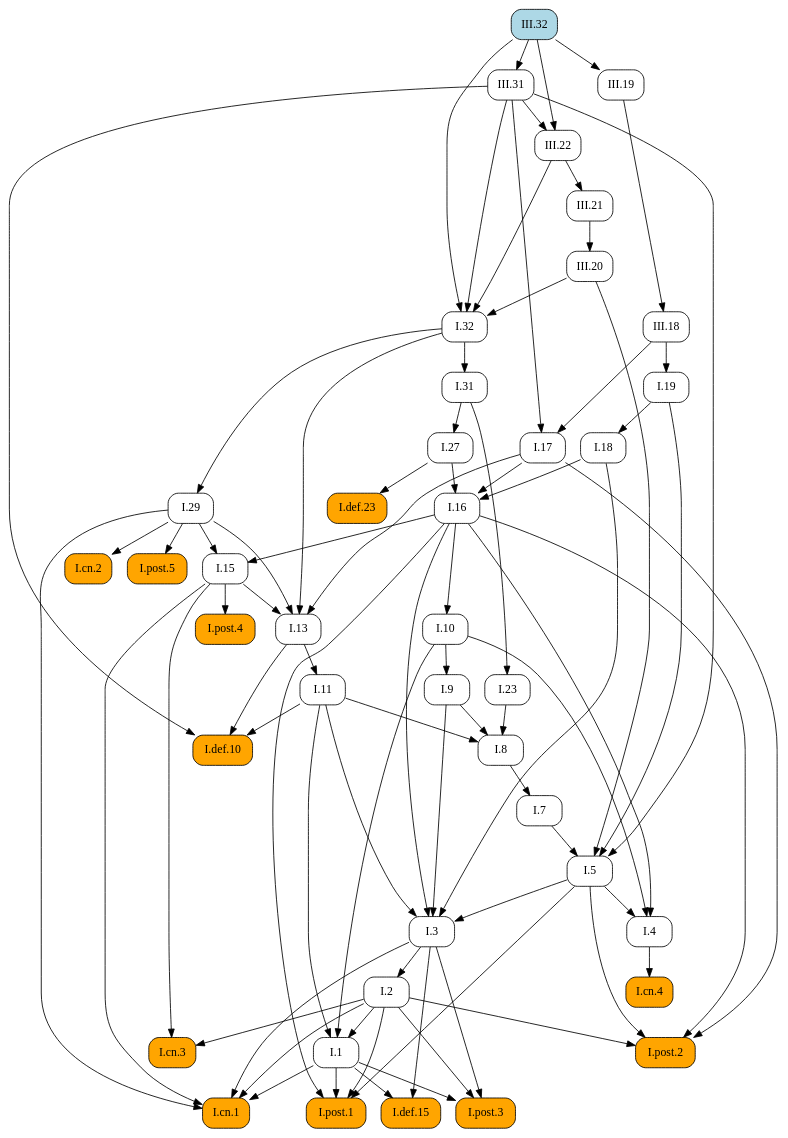
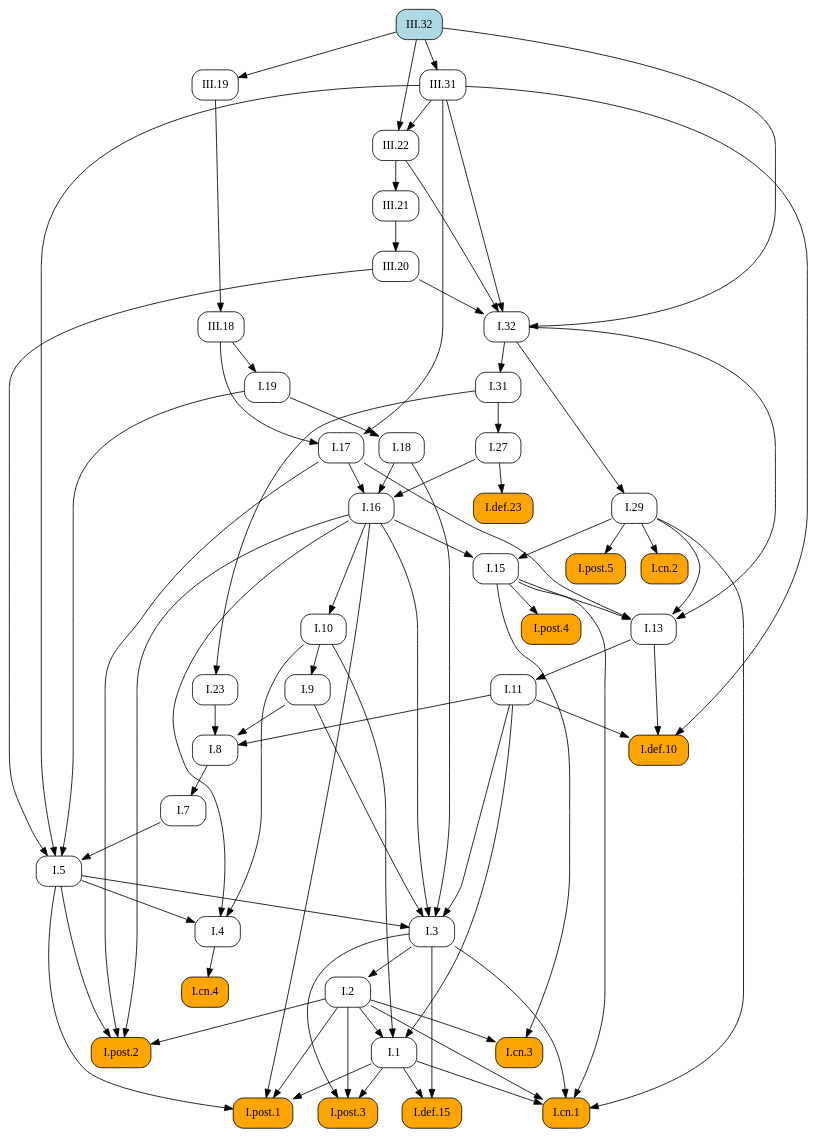
Before and after one commit to geometor/elements: the diagram in docsrc/elements2/III/32/index.rst, drawn with Graphviz. The commit also changed other lines of this file and 171 other files, not shown here.

```diff
--- a/docsrc/elements2/III/32/index.rst
+++ b/docsrc/elements2/III/32/index.rst
@@ -60,123 +60,123 @@
    digraph {
      rankdir="TB";
      node [shape=box, style=rounded];
+     "I.8" [URL="/elements2/I/8/", target="_top"];
+     "I.32" [URL="/elements2/I/32/", target="_top"];
+     "I.post.1" [style="rounded,filled", fillcolor=orange, URL="/elements2/I/post.1/", target="_top"];
+     "I.5" [URL="/elements2/I/5/", target="_top"];
+     "I.post.5" [style="rounded,filled", fillcolor=orange, URL="/elements2/I/post.5/", target="_top"];
+     "I.def.10" [style="rounded,filled", fillcolor=orange, URL="/elements2/I/def.10/", target="_top"];
+     "I.cn.2" [style="rounded,filled", fillcolor=orange, URL="/elements2/I/cn.2/", target="_top"];
      "III.22" [URL="/elements2/III/22/", target="_top"];
-     "I.def.10" [style="rounded,filled", fillcolor=orange, URL="/elements2/I/def.10/", target="_top"];
-     "I.32" [URL="/elements2/I/32/", target="_top"];
+     "I.def.15" [style="rounded,filled", fillcolor=orange, URL="/elements2/I/def.15/", target="_top"];
      "III.31" [URL="/elements2/III/31/", target="_top"];
-     "I.def.15" [style="rounded,filled", fillcolor=orange, URL="/elements2/I/def.15/", target="_top"];
+     "I.31" [URL="/elements2/I/31/", target="_top"];
+     "I.11" [URL="/elements2/I/11/", target="_top"];
+     "I.post.2" [style="rounded,filled", fillcolor=orange, URL="/elements2/I/post.2/", target="_top"];
+     "I.3" [URL="/elements2/I/3/", target="_top"];
+     "I.def.23" [style="rounded,filled", fillcolor=orange, URL="/elements2/I/def.23/", target="_top"];
+     "I.19" [URL="/elements2/I/19/", target="_top"];
+     "I.1" [URL="/elements2/I/1/", target="_top"];
+     "I.cn.3" [style="rounded,filled", fillcolor=orange, URL="/elements2/I/cn.3/", target="_top"];
      "I.cn.4" [style="rounded,filled", fillcolor=orange, URL="/elements2/I/cn.4/", target="_top"];
+     "III.21" [URL="/elements2/III/21/", target="_top"];
+     "III.20" [URL="/elements2/III/20/", target="_top"];
+     "I.17" [URL="/elements2/I/17/", target="_top"];
+     "I.7" [URL="/elements2/I/7/", target="_top"];
+     "I.9" [URL="/elements2/I/9/", target="_top"];
+     "III.32" [style="rounded,filled", fillcolor=lightblue, URL="/elements2/III/32/", target="_top"];
+     "I.cn.1" [style="rounded,filled", fillcolor=orange, URL="/elements2/I/cn.1/", target="_top"];
+     "I.29" [URL="/elements2/I/29/", target="_top"];
+     "III.19" [URL="/elements2/III/19/", target="_top"];
+     "I.16" [URL="/elements2/I/16/", target="_top"];
+     "I.13" [URL="/elements2/I/13/", target="_top"];
+     "I.post.4" [style="rounded,filled", fillcolor=orange, URL="/elements2/I/post.4/", target="_top"];
+     "I.18" [URL="/elements2/I/18/", target="_top"];
+     "I.2" [URL="/elements2/I/2/", target="_top"];
+     "I.27" [URL="/elements2/I/27/", target="_top"];
+     "III.18" [URL="/elements2/III/18/", target="_top"];
+     "I.4" [URL="/elements2/I/4/", target="_top"];
+     "I.10" [URL="/elements2/I/10/", target="_top"];
+     "I.15" [URL="/elements2/I/15/", target="_top"];
+     "I.23" [URL="/elements2/I/23/", target="_top"];
      "I.post.3" [style="rounded,filled", fillcolor=orange, URL="/elements2/I/post.3/", target="_top"];
-     "I.27" [URL="/elements2/I/27/", target="_top"];
-     "I.post.2" [style="rounded,filled", fillcolor=orange, URL="/elements2/I/post.2/", target="_top"];
-     "I.13" [URL="/elements2/I/13/", target="_top"];
-     "I.10" [URL="/elements2/I/10/", target="_top"];
-     "I.post.1" [style="rounded,filled", fillcolor=orange, URL="/elements2/I/post.1/", target="_top"];
-     "I.7" [URL="/elements2/I/7/", target="_top"];
-     "III.19" [URL="/elements2/III/19/", target="_top"];
-     "I.11" [URL="/elements2/I/11/", target="_top"];
-     "I.4" [URL="/elements2/I/4/", target="_top"];
-     "I.16" [URL="/elements2/I/16/", target="_top"];
-     "III.32" [style="rounded,filled", fillcolor=lightblue, URL="/elements2/III/32/", target="_top"];
-     "I.def.23" [style="rounded,filled", fillcolor=orange, URL="/elements2/I/def.23/", target="_top"];
-     "I.9" [URL="/elements2/I/9/", target="_top"];
-     "I.18" [URL="/elements2/I/18/", target="_top"];
-     "I.8" [URL="/elements2/I/8/", target="_top"];
-     "III.18" [URL="/elements2/III/18/", target="_top"];
-     "I.23" [URL="/elements2/I/23/", target="_top"];
-     "I.15" [URL="/elements2/I/15/", target="_top"];
-     "III.21" [URL="/elements2/III/21/", target="_top"];
-     "I.cn.2" [style="rounded,filled", fillcolor=orange, URL="/elements2/I/cn.2/", target="_top"];
-     "I.post.5" [style="rounded,filled", fillcolor=orange, URL="/elements2/I/post.5/", target="_top"];
-     "III.20" [URL="/elements2/III/20/", target="_top"];
-     "I.2" [URL="/elements2/I/2/", target="_top"];
-     "I.1" [URL="/elements2/I/1/", target="_top"];
-     "I.31" [URL="/elements2/I/31/", target="_top"];
-     "I.post.4" [style="rounded,filled", fillcolor=orange, URL="/elements2/I/post.4/", target="_top"];
-     "I.cn.1" [style="rounded,filled", fillcolor=orange, URL="/elements2/I/cn.1/", target="_top"];
-     "I.3" [URL="/elements2/I/3/", target="_top"];
-     "I.cn.3" [style="rounded,filled", fillcolor=orange, URL="/elements2/I/cn.3/", target="_top"];
-     "I.17" [URL="/elements2/I/17/", target="_top"];
-     "I.29" [URL="/elements2/I/29/", target="_top"];
-     "I.19" [URL="/elements2/I/19/", target="_top"];
-     "I.5" [URL="/elements2/I/5/", target="_top"];
-     "III.31" -> "III.22";
-     "III.32" -> "III.22";
-     "I.11" -> "I.def.10";
-     "I.13" -> "I.def.10";
-     "III.31" -> "I.def.10";
+     "I.9" -> "I.8";
+     "I.11" -> "I.8";
+     "I.23" -> "I.8";
      "III.20" -> "I.32";
      "III.22" -> "I.32";
      "III.31" -> "I.32";
      "III.32" -> "I.32";
-     "III.32" -> "III.31";
+     "I.1" -> "I.post.1";
+     "I.2" -> "I.post.1";
+     "I.5" -> "I.post.1";
+     "I.16" -> "I.post.1";
+     "I.7" -> "I.5";
+     "I.19" -> "I.5";
+     "III.20" -> "I.5";
+     "III.31" -> "I.5";
+     "I.29" -> "I.post.5";
+     "I.11" -> "I.def.10";
+     "I.13" -> "I.def.10";
+     "III.31" -> "I.def.10";
+     "I.29" -> "I.cn.2";
+     "III.31" -> "III.22";
+     "III.32" -> "III.22";
      "I.1" -> "I.def.15";
      "I.3" -> "I.def.15";
-     "I.4" -> "I.cn.4";
-     "I.1" -> "I.post.3";
-     "I.2" -> "I.post.3";
-     "I.3" -> "I.post.3";
-     "I.31" -> "I.27";
+     "III.32" -> "III.31";
+     "I.32" -> "I.31";
+     "I.13" -> "I.11";
      "I.2" -> "I.post.2";
      "I.5" -> "I.post.2";
      "I.16" -> "I.post.2";
      "I.17" -> "I.post.2";
-     "I.15" -> "I.13";
-     "I.17" -> "I.13";
-     "I.29" -> "I.13";
-     "I.32" -> "I.13";
-     "I.16" -> "I.10";
-     "I.1" -> "I.post.1";
-     "I.2" -> "I.post.1";
-     "I.5" -> "I.post.1";
-     "I.16" -> "I.post.1";
-     "I.8" -> "I.7";
-     "III.32" -> "III.19";
-     "I.13" -> "I.11";
-     "I.5" -> "I.4";
-     "I.10" -> "I.4";
-     "I.16" -> "I.4";
-     "I.17" -> "I.16";
-     "I.18" -> "I.16";
-     "I.27" -> "I.16";
+     "I.5" -> "I.3";
+     "I.9" -> "I.3";
+     "I.11" -> "I.3";
+     "I.16" -> "I.3";
+     "I.18" -> "I.3";
      "I.27" -> "I.def.23";
-     "I.10" -> "I.9";
-     "I.19" -> "I.18";
-     "I.9" -> "I.8";
-     "I.11" -> "I.8";
-     "I.23" -> "I.8";
-     "III.19" -> "III.18";
-     "I.31" -> "I.23";
-     "I.16" -> "I.15";
-     "I.29" -> "I.15";
-     "III.22" -> "III.21";
-     "I.29" -> "I.cn.2";
-     "I.29" -> "I.post.5";
-     "III.21" -> "III.20";
-     "I.3" -> "I.2";
+     "III.18" -> "I.19";
      "I.2" -> "I.1";
      "I.10" -> "I.1";
      "I.11" -> "I.1";
-     "I.32" -> "I.31";
-     "I.15" -> "I.post.4";
+     "I.2" -> "I.cn.3";
+     "I.15" -> "I.cn.3";
+     "I.4" -> "I.cn.4";
+     "III.22" -> "III.21";
+     "III.21" -> "III.20";
+     "III.18" -> "I.17";
+     "III.31" -> "I.17";
+     "I.8" -> "I.7";
+     "I.10" -> "I.9";
      "I.1" -> "I.cn.1";
      "I.2" -> "I.cn.1";
      "I.3" -> "I.cn.1";
      "I.15" -> "I.cn.1";
      "I.29" -> "I.cn.1";
-     "I.5" -> "I.3";
-     "I.9" -> "I.3";
-     "I.11" -> "I.3";
-     "I.16" -> "I.3";
-     "I.18" -> "I.3";
-     "I.2" -> "I.cn.3";
-     "I.15" -> "I.cn.3";
-     "III.18" -> "I.17";
-     "III.31" -> "I.17";
      "I.32" -> "I.29";
-     "III.18" -> "I.19";
-     "I.7" -> "I.5";
-     "I.19" -> "I.5";
-     "III.20" -> "I.5";
-     "III.31" -> "I.5";
+     "III.32" -> "III.19";
+     "I.17" -> "I.16";
+     "I.18" -> "I.16";
+     "I.27" -> "I.16";
+     "I.15" -> "I.13";
+     "I.17" -> "I.13";
+     "I.29" -> "I.13";
+     "I.32" -> "I.13";
+     "I.15" -> "I.post.4";
+     "I.19" -> "I.18";
+     "I.3" -> "I.2";
+     "I.31" -> "I.27";
+     "III.19" -> "III.18";
+     "I.5" -> "I.4";
+     "I.10" -> "I.4";
+     "I.16" -> "I.4";
+     "I.16" -> "I.10";
+     "I.16" -> "I.15";
+     "I.29" -> "I.15";
+     "I.31" -> "I.23";
+     "I.1" -> "I.post.3";
+     "I.2" -> "I.post.3";
+     "I.3" -> "I.post.3";
    }
```
